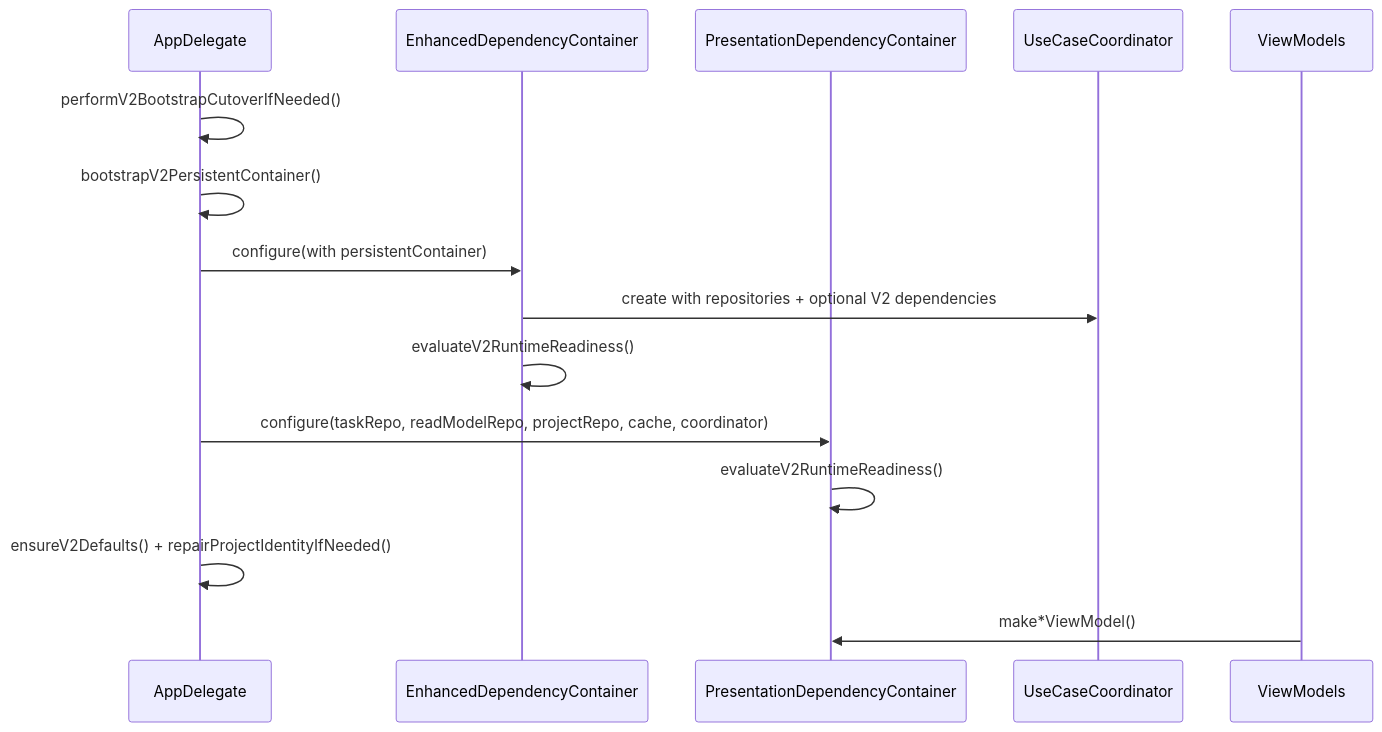
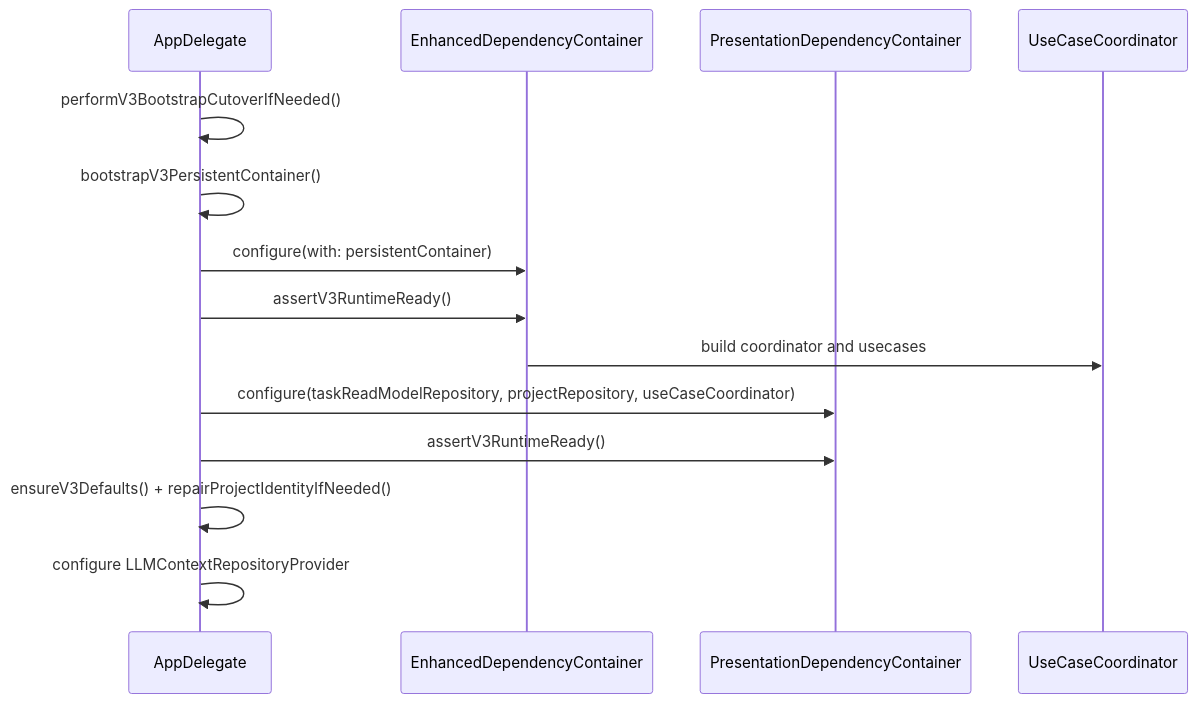
The diagram in docs/architecture/clean-architecture-v2.md (Saransh-Sharma/Tasker), drawn with Mermaid before and after one commit. The commit also changed other lines of this file and 10 other files, not shown here.

Commit message:
docs: update architecture documentation for V3

````diff
--- a/docs/architecture/clean-architecture-v2.md
+++ b/docs/architecture/clean-architecture-v2.md
@@ -78,18 +47,17 @@
 ```mermaid
 sequenceDiagram
     participant AD as AppDelegate
     participant EDC as EnhancedDependencyContainer
     participant PDC as PresentationDependencyContainer
     participant UCC as UseCaseCoordinator
-    participant VM as ViewModels
 
-    AD->>AD: performV2BootstrapCutoverIfNeeded()
-    AD->>AD: bootstrapV2PersistentContainer()
-    AD->>EDC: configure(with persistentContainer)
-    EDC->>UCC: create with repositories + optional V2 dependencies
-    EDC->>EDC: evaluateV2RuntimeReadiness()
-    AD->>PDC: configure(taskRepo, readModelRepo, projectRepo, cache, coordinator)
-    PDC->>PDC: evaluateV2RuntimeReadiness()
-    AD->>AD: ensureV2Defaults() + repairProjectIdentityIfNeeded()
-    VM->>PDC: make*ViewModel()
+    AD->>AD: performV3BootstrapCutoverIfNeeded()
+    AD->>AD: bootstrapV3PersistentContainer()
+    AD->>EDC: configure(with: persistentContainer)
+    AD->>EDC: assertV3RuntimeReady()
+    EDC->>UCC: build coordinator and usecases
+    AD->>PDC: configure(taskReadModelRepository, projectRepository, useCaseCoordinator)
+    AD->>PDC: assertV3RuntimeReady()
+    AD->>AD: ensureV3Defaults() + repairProjectIdentityIfNeeded()
+    AD->>AD: configure LLMContextRepositoryProvider
 ```
````
